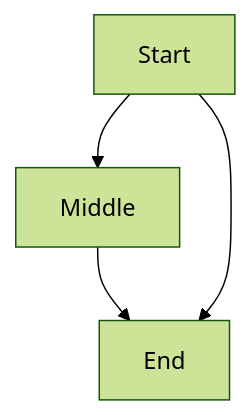
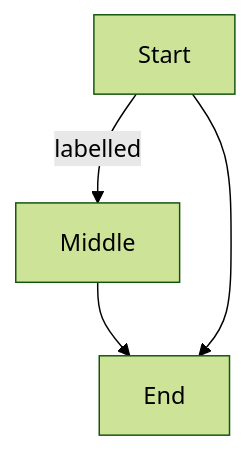
The diagram in e2e/diagrams/flowchart/elk-container-algorithms/elk-rectpacking-layout-with-edges.mmd (mermaid-js/mermaid), drawn with Mermaid (forest theme) before and after one commit. The commit also changed 3 other files, not shown here.

First line of the commit message:
fix(layout-elk): position the label of an unrouted edge

```diff
--- a/e2e/diagrams/flowchart/elk-container-algorithms/elk-rectpacking-layout-with-edges.mmd
+++ b/e2e/diagrams/flowchart/elk-container-algorithms/elk-rectpacking-layout-with-edges.mmd
@@ -1,9 +1,10 @@
 ---
 config:
   layout: elk.rectpacking
 ---
-%% Same as the elk.box fixture: rectpacking returns no edge sections.
+%% Same as the elk.box fixture: rectpacking returns no edge sections. The
+%% labelled edge covers the label position, which the fallback must also set.
 flowchart TD
-  A[Start] --> B[Middle]
+  A[Start] -->|labelled| B[Middle]
   B --> C[End]
   A --> C
```
